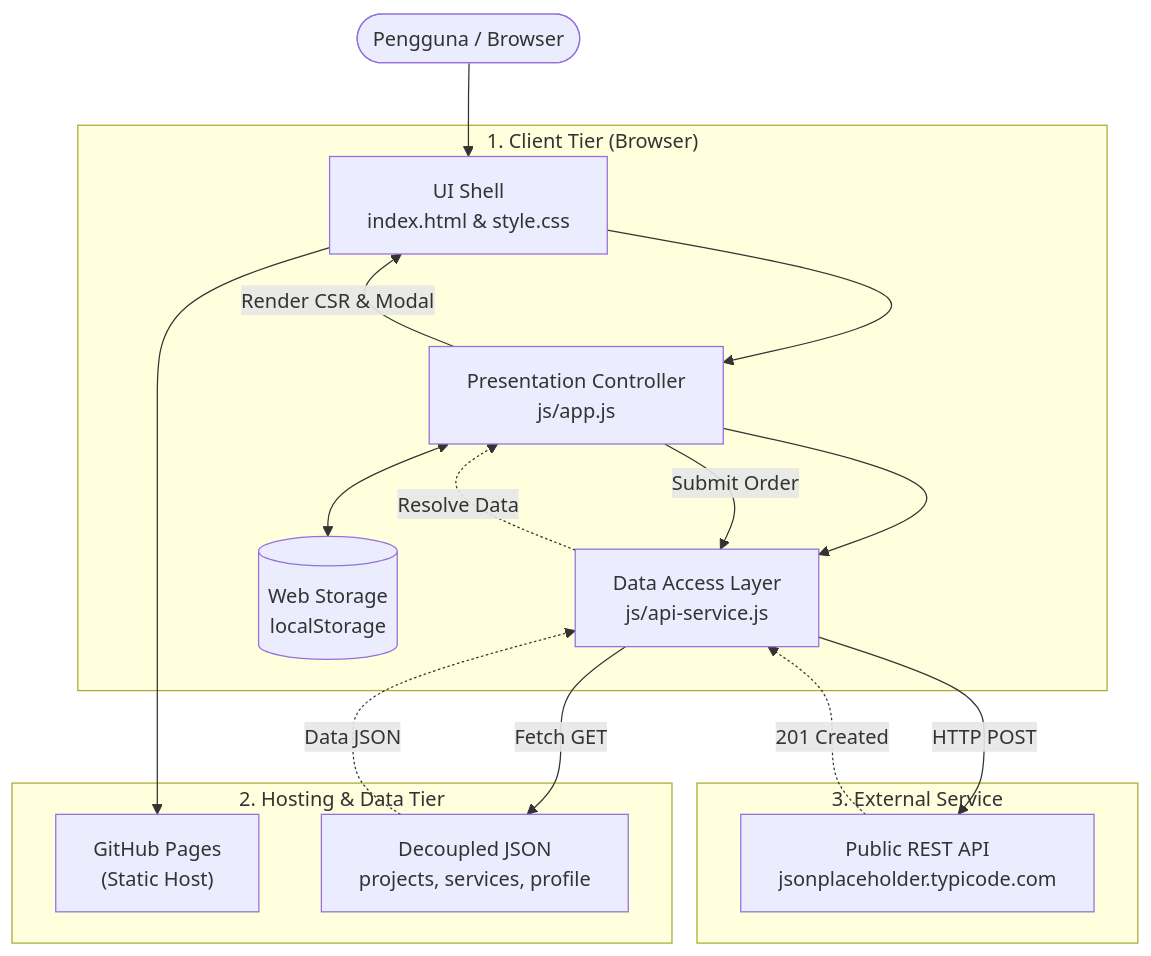
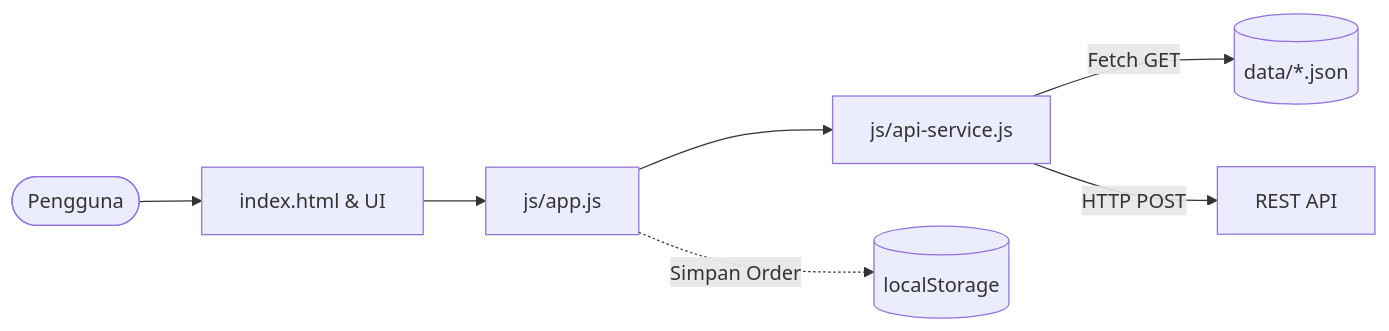
Before and after one commit to NikahPanjaitan/ppw-2026-week2-12S24041: the diagram in README.md, drawn with Mermaid. The commit also changed other lines of this file and 1 other file, not shown here.

Commit message:
docs(week4): simplify architecture diagram to linear flow and remove synthetic devtools screenshot

````diff
--- a/README.md
+++ b/README.md
@@ -36,33 +36,9 @@
 ```mermaid
-flowchart TD
-    User([Pengguna / Browser])
-
-    subgraph Client["1. Client Tier (Browser)"]
-        UI["UI Shell<br>index.html & style.css"]
-        App["Presentation Controller<br>js/app.js"]
-        DAL["Data Access Layer<br>js/api-service.js"]
-        Storage[("Web Storage<br>localStorage")]
-    end
-
-    subgraph Static["2. Hosting & Data Tier"]
-        GH["GitHub Pages<br>(Static Host)"]
-        Data["Decoupled JSON<br>projects, services, profile"]
-    end
-
-    subgraph External["3. External Service"]
-        API["Public REST API<br>jsonplaceholder.typicode.com"]
-    end
-
-    User --> UI
-    UI --> GH
-    UI --> App
-    App --> DAL
-    DAL -->|Fetch GET| Data
-    Data -.->|Data JSON| DAL
-    DAL -.->|Resolve Data| App
-    App -->|Render CSR & Modal| UI
-    App <--> Storage
-    App -->|Submit Order| DAL
-    DAL -->|HTTP POST| API
-    API -.->|201 Created| DAL
+flowchart LR
+    User([Pengguna]) --> UI[index.html & UI]
+    UI --> App[js/app.js]
+    App --> DAL[js/api-service.js]
+    DAL -->|Fetch GET| Data[(data/*.json)]
+    DAL -->|HTTP POST| API[REST API]
+    App -.->|Simpan Order| Storage[(localStorage)]
 ```
````
